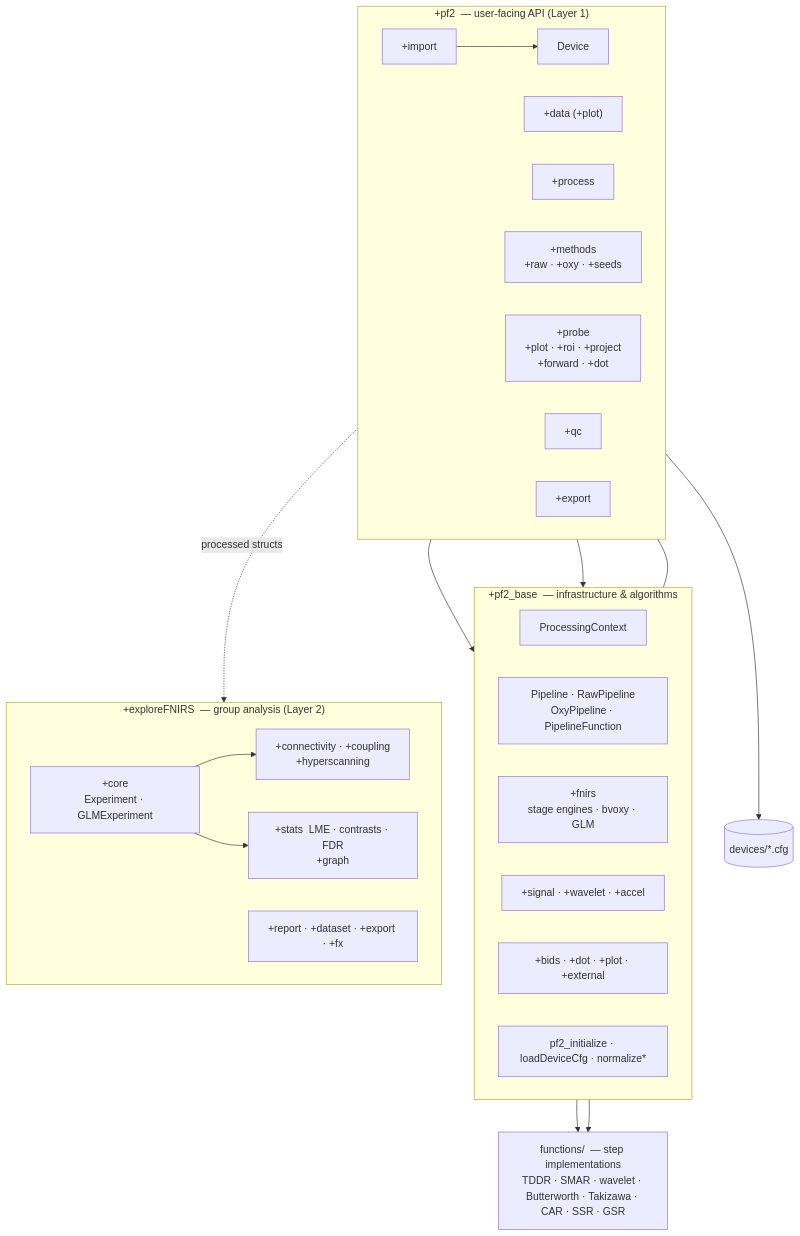
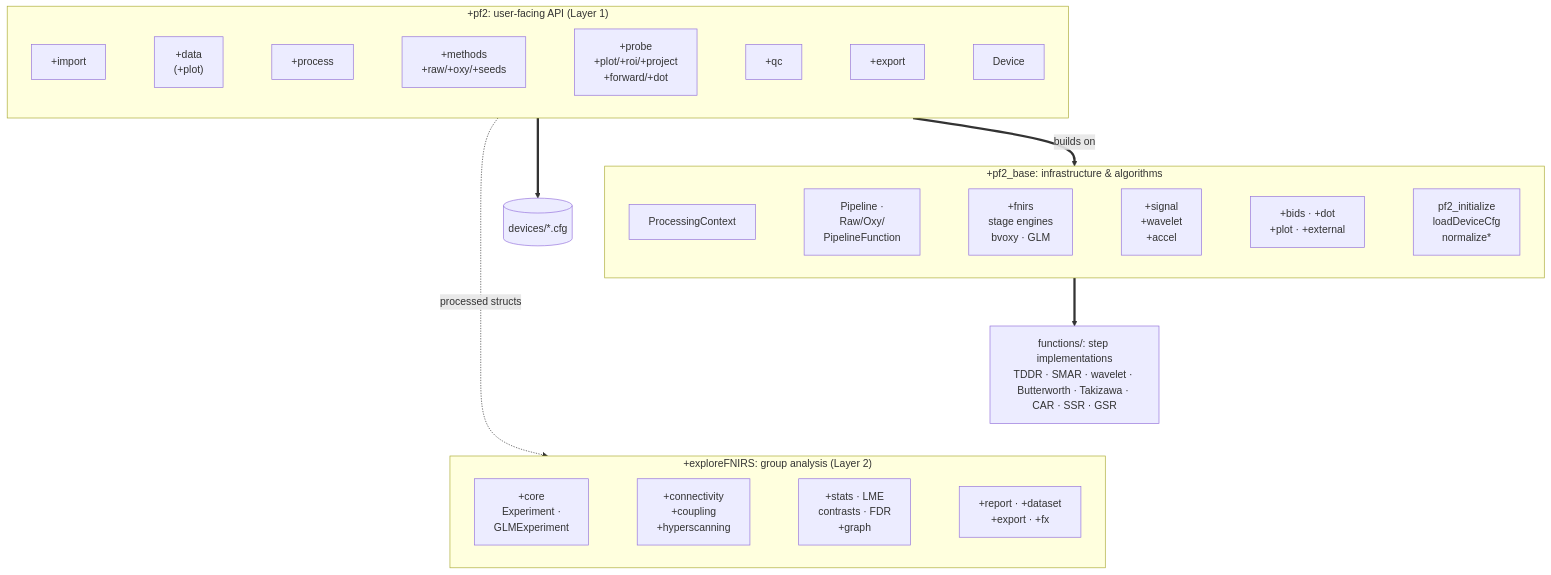
One commit to AdrianCurtin/processFNIRS2 changed the third of 6 diagrams in docs/ARCHITECTURE.md. Above: the diagram before and after it, drawn with Mermaid. The commit also changed other lines of this file and 17 other files, not shown here.

````diff
--- a/docs/ARCHITECTURE.md
+++ b/docs/ARCHITECTURE.md
@@ -139,45 +140,46 @@
 ```mermaid
 flowchart TB
-    subgraph PF2["+pf2 &nbsp;— user-facing API (Layer 1)"]
+    subgraph PF2["+pf2: user-facing API (Layer 1)"]
         direction LR
         p_import["+import"]
-        p_data["+data (+plot)"]
+        p_data["+data<br/>(+plot)"]
         p_process["+process"]
-        p_methods["+methods<br/>+raw · +oxy · +seeds"]
-        p_probe["+probe<br/>+plot · +roi · +project<br/>+forward · +dot"]
+        p_methods["+methods<br/>+raw/+oxy/+seeds"]
+        p_probe["+probe<br/>+plot/+roi/+project<br/>+forward/+dot"]
         p_qc["+qc"]
         p_export["+export"]
         p_dev["Device"]
     end
 
-    subgraph BASE["+pf2_base &nbsp;— infrastructure & algorithms"]
+    subgraph BASE["+pf2_base: infrastructure & algorithms"]
         direction LR
         b_ctx["ProcessingContext"]
-        b_pipe["Pipeline · RawPipeline<br/>OxyPipeline · PipelineFunction"]
-        b_fnirs["+fnirs<br/>stage engines · bvoxy · GLM"]
-        b_sig["+signal · +wavelet · +accel"]
-        b_io["+bids · +dot · +plot · +external"]
-        b_init["pf2_initialize · loadDeviceCfg · normalize*"]
+        b_pipe["Pipeline ·<br/>Raw/Oxy/<br/>PipelineFunction"]
+        b_fnirs["+fnirs<br/>stage engines<br/>bvoxy · GLM"]
+        b_sig["+signal<br/>+wavelet<br/>+accel"]
+        b_io["+bids · +dot<br/>+plot · +external"]
+        b_init["pf2_initialize<br/>loadDeviceCfg<br/>normalize*"]
     end
 
-    FUNS["functions/ &nbsp;— step implementations<br/>TDDR · SMAR · wavelet · Butterworth · Takizawa · CAR · SSR · GSR"]
+    subgraph EX["+exploreFNIRS: group analysis (Layer 2)"]
+        direction LR
+        e_core["+core<br/>Experiment ·<br/>GLMExperiment"]
+        e_conn["+connectivity<br/>+coupling<br/>+hyperscanning"]
+        e_stats["+stats · LME<br/>contrasts · FDR<br/>+graph"]
+        e_rep["+report · +dataset<br/>+export · +fx"]
+    end
+
+    FUNS["functions/: step implementations<br/>TDDR · SMAR · wavelet · Butterworth · Takizawa · CAR · SSR · GSR"]
     DEVS[("devices/*.cfg")]
 
-    subgraph EX["+exploreFNIRS &nbsp;— group analysis (Layer 2)"]
-        direction LR
-        e_core["+core<br/>Experiment · GLMExperiment"]
-        e_conn["+connectivity · +coupling<br/>+hyperscanning"]
-        e_stats["+stats &nbsp;LME · contrasts · FDR<br/>+graph"]
-        e_rep["+report · +dataset · +export · +fx"]
-    end
+    %% invisible chains keep each package's nodes on one row
+    p_import ~~~ p_data ~~~ p_process ~~~ p_methods ~~~ p_probe ~~~ p_qc ~~~ p_export ~~~ p_dev
+    b_ctx ~~~ b_pipe ~~~ b_fnirs ~~~ b_sig ~~~ b_io ~~~ b_init
+    e_core ~~~ e_conn ~~~ e_stats ~~~ e_rep
 
-    p_import --> p_dev --> DEVS
-    p_process --> b_fnirs
-    p_methods --> b_pipe
-    b_fnirs --> FUNS
-    b_pipe --> FUNS
-    e_core --> e_conn
-    e_core --> e_stats
+    PF2 ==>|builds on| BASE
+    BASE ==> FUNS
+    PF2 ==> DEVS
     PF2 -.->|processed structs| EX
-    PF2 --- BASE
+    FUNS ~~~ EX
 ```
````
